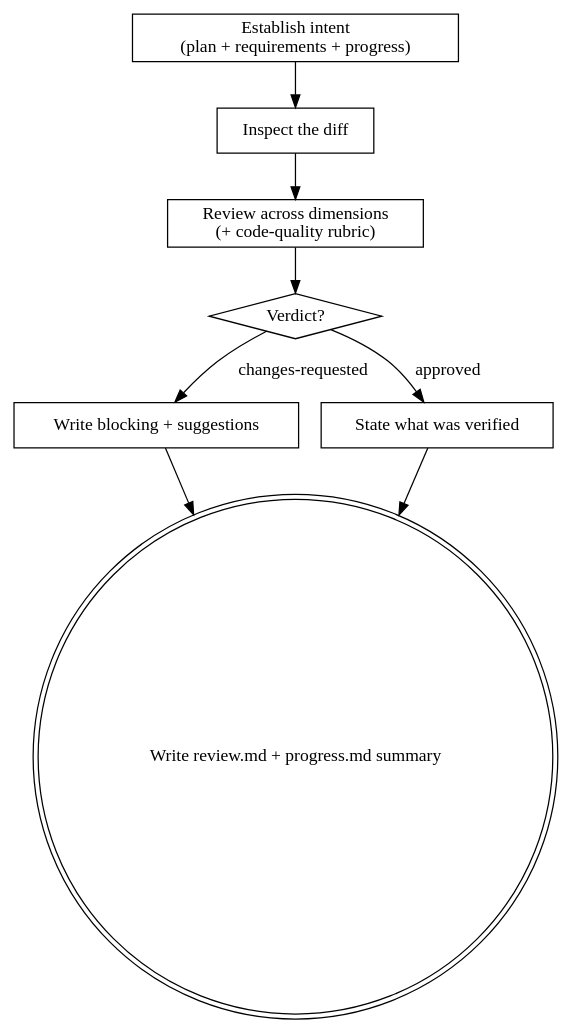
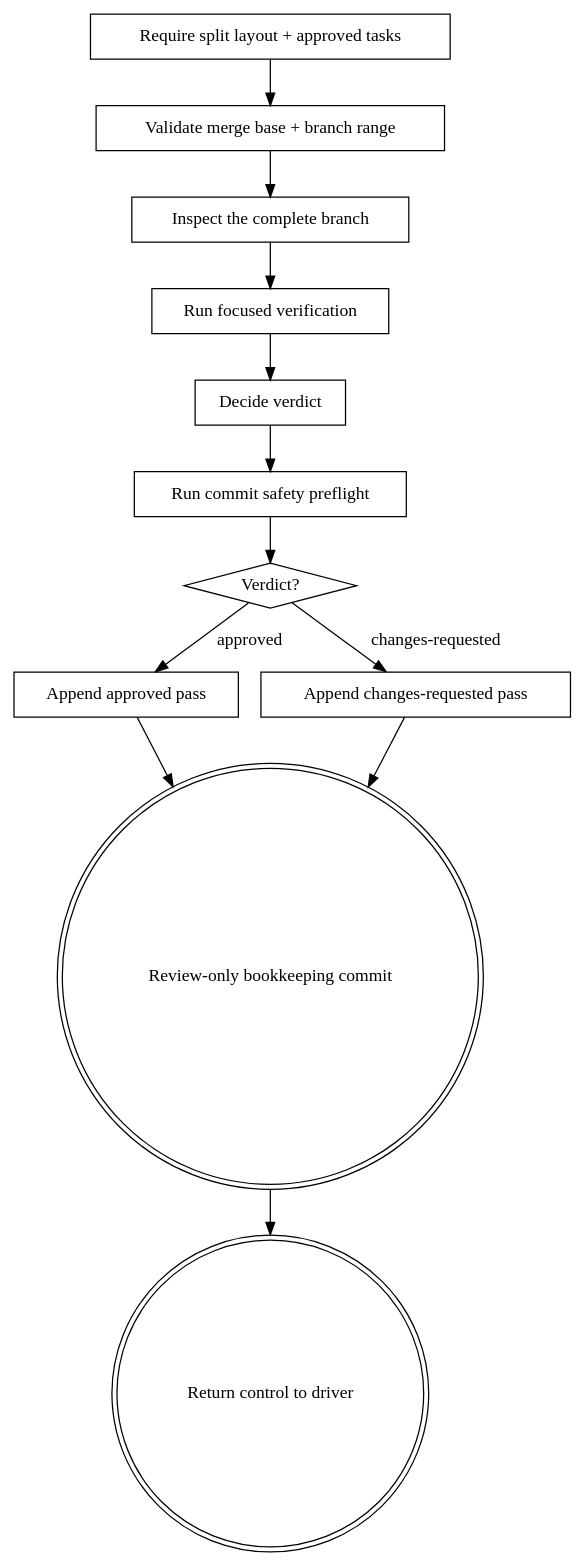
One commit to caiorcferreira/hamilton changed the diagram in skills/hamilton-review/SKILL.md. Above: the diagram before and after it, drawn with Graphviz. The commit also changed other lines of this file and 144 other files, not shown here.

First line of the commit message:
Separate task execution and feedback from whole-branch review (#41)

````diff
--- a/skills/hamilton-review/SKILL.md
+++ b/skills/hamilton-review/SKILL.md
@@ -133,19 +257,27 @@
 ```dot
 digraph hamilton_review {
-    "Establish intent\n(plan + requirements + progress)" [shape=box];
-    "Inspect the diff" [shape=box];
-    "Review across dimensions\n(+ code-quality rubric)" [shape=box];
+    "Require split layout + approved tasks" [shape=box];
+    "Validate merge base + branch range" [shape=box];
+    "Inspect the complete branch" [shape=box];
+    "Run focused verification" [shape=box];
+    "Decide verdict" [shape=box];
+    "Run commit safety preflight" [shape=box];
     "Verdict?" [shape=diamond];
-    "Write blocking + suggestions" [shape=box];
-    "State what was verified" [shape=box];
-    "Write review.md + progress.md summary" [shape=doublecircle];
+    "Append approved pass" [shape=box];
+    "Append changes-requested pass" [shape=box];
+    "Review-only bookkeeping commit" [shape=doublecircle];
+    "Return control to driver" [shape=doublecircle];
 
-    "Establish intent\n(plan + requirements + progress)" -> "Inspect the diff";
-    "Inspect the diff" -> "Review across dimensions\n(+ code-quality rubric)";
-    "Review across dimensions\n(+ code-quality rubric)" -> "Verdict?";
-    "Verdict?" -> "Write blocking + suggestions" [label="changes-requested"];
-    "Verdict?" -> "State what was verified" [label="approved"];
-    "Write blocking + suggestions" -> "Write review.md + progress.md summary";
-    "State what was verified" -> "Write review.md + progress.md summary";
+    "Require split layout + approved tasks" -> "Validate merge base + branch range";
+    "Validate merge base + branch range" -> "Inspect the complete branch";
+    "Inspect the complete branch" -> "Run focused verification";
+    "Run focused verification" -> "Decide verdict";
+    "Decide verdict" -> "Run commit safety preflight";
+    "Run commit safety preflight" -> "Verdict?";
+    "Verdict?" -> "Append approved pass" [label="approved"];
+    "Verdict?" -> "Append changes-requested pass" [label="changes-requested"];
+    "Append approved pass" -> "Review-only bookkeeping commit";
+    "Append changes-requested pass" -> "Review-only bookkeeping commit";
+    "Review-only bookkeeping commit" -> "Return control to driver";
 }
 ```
````
